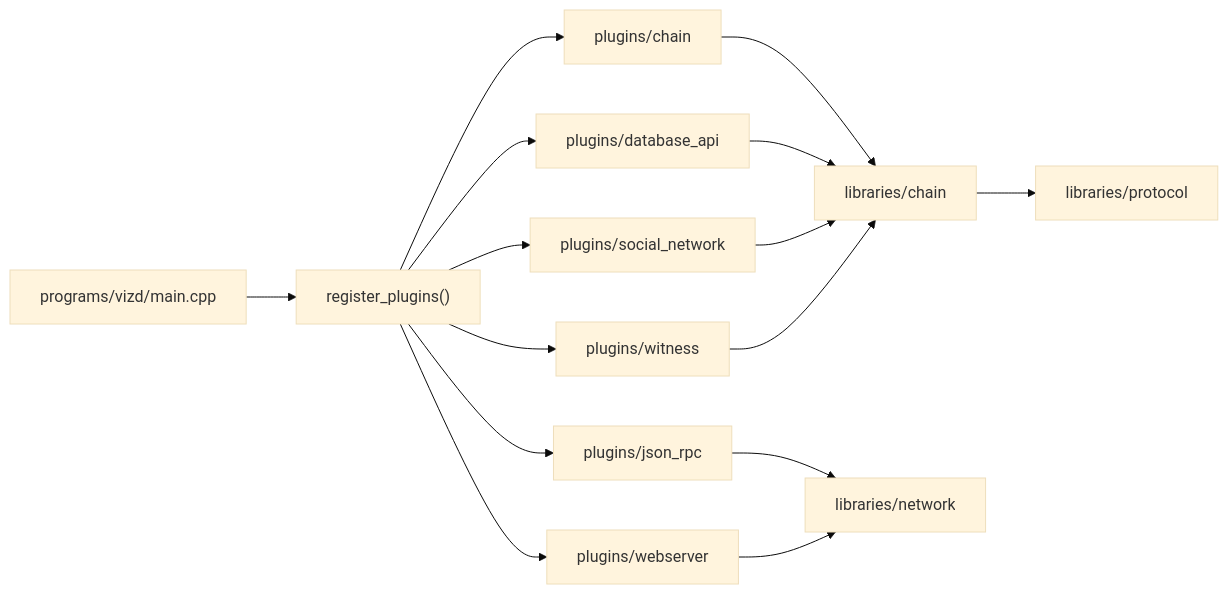
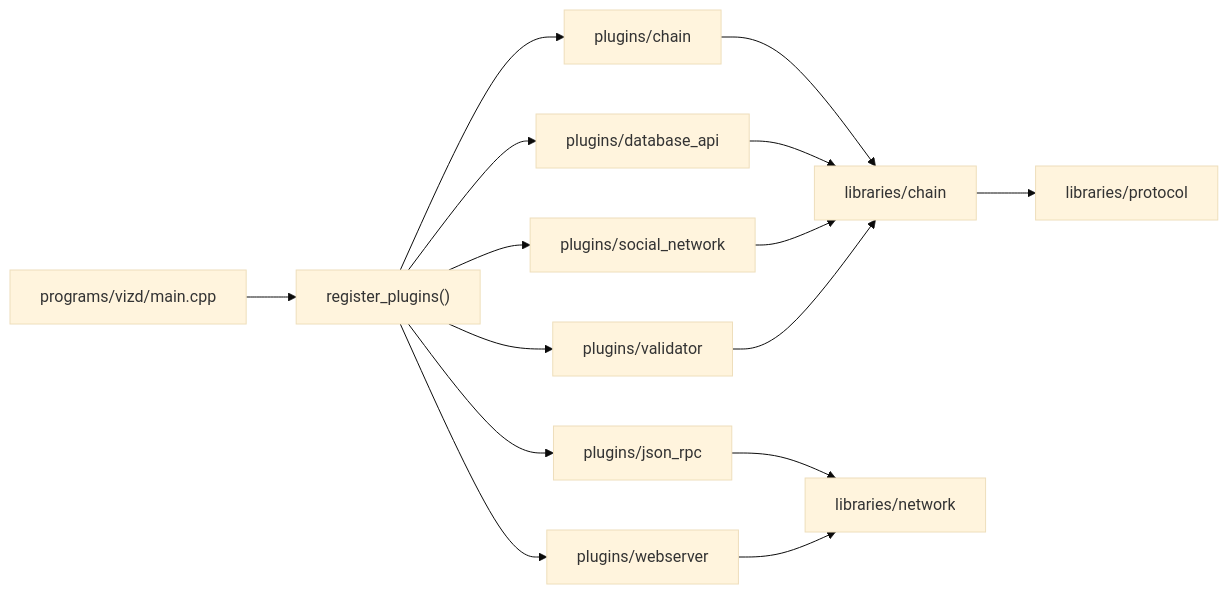
The seventh of 7 diagrams in .qoder/repowiki/en/content/Project Overview.md (VIZ-Blockchain/viz-cpp-node), drawn with Mermaid (base theme) before and after one commit. The commit also changed other lines of this file and 88 other files, not shown here.

First line of the commit message:
docs(validator): rename witness to validator throughout documentation

````diff
--- a/.qoder/repowiki/en/content/Project Overview.md
+++ b/.qoder/repowiki/en/content/Project Overview.md
@@ -316,17 +316,17 @@
 ```mermaid
 graph LR
 Entry["programs/vizd/main.cpp"] --> Reg["register_plugins()"]
 Reg --> PChain["plugins/chain"]
-Reg --> PWitness["plugins/witness"]
+Reg --> PWitness["plugins/validator"]
 Reg --> PDB["plugins/database_api"]
 Reg --> PSocial["plugins/social_network"]
 Reg --> PJSON["plugins/json_rpc"]
 Reg --> PWeb["plugins/webserver"]
 PChain --> LChain["libraries/chain"]
 PDB --> LChain
 PSocial --> LChain
 PWitness --> LChain
 PJSON --> LNet["libraries/network"]
 PWeb --> LNet
 LChain --> LProto["libraries/protocol"]
 ```
````
